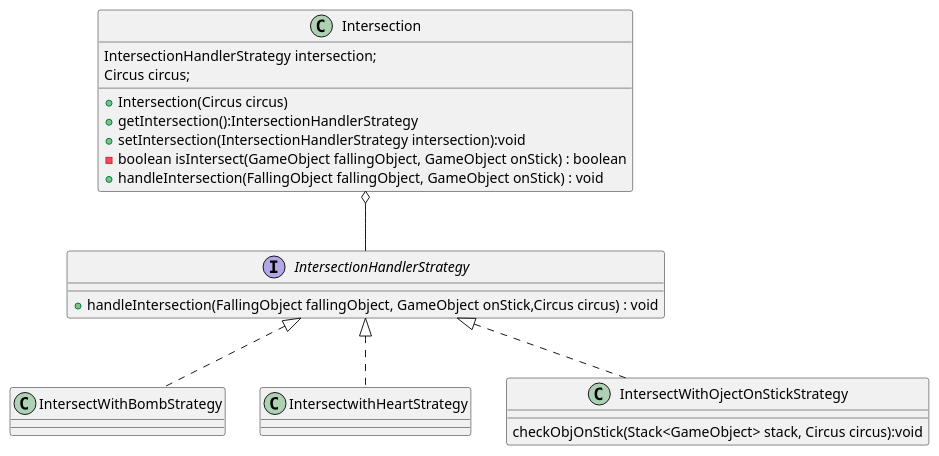
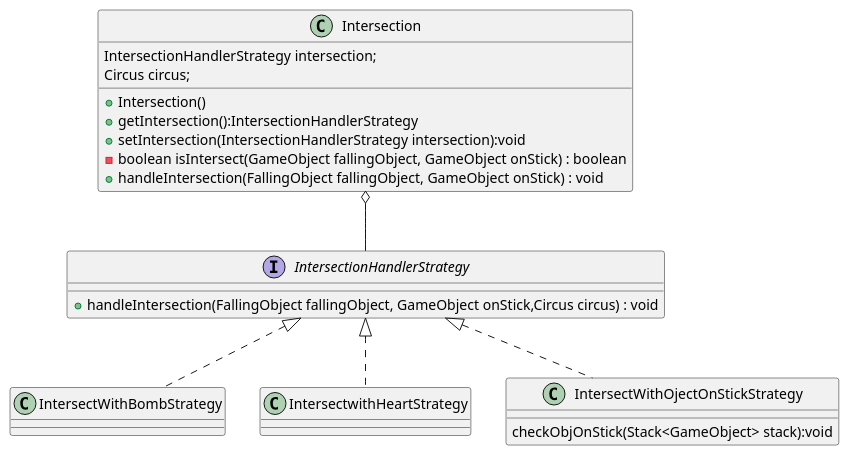
Before and after one commit to shadyalattarr/Circus-of-Plates: the diagram in UML/Design Patterns/IntersectionStrategy.wsd, drawn with PlantUML. The commit also changed 6 other files, not shown here.

```diff
--- a/UML/Design Patterns/IntersectionStrategy.wsd
+++ b/UML/Design Patterns/IntersectionStrategy.wsd
@@ -1,37 +1,37 @@
 @startuml intersection
 
 class Intersection {
     IntersectionHandlerStrategy intersection;
     Circus circus;
-    +Intersection(Circus circus)
+    +Intersection()
     +getIntersection():IntersectionHandlerStrategy
     +setIntersection(IntersectionHandlerStrategy intersection):void      
     -boolean isIntersect(GameObject fallingObject, GameObject onStick) : boolean
     +handleIntersection(FallingObject fallingObject, GameObject onStick) : void 
 }
 
 interface IntersectionHandlerStrategy {
     +handleIntersection(FallingObject fallingObject, GameObject onStick,Circus circus) : void
 }
 
 
 class IntersectWithBombStrategy{
 
 }
 
 
 class IntersectwithHeartStrategy{
 
 }
 
 class IntersectWithOjectOnStickStrategy {
 
-    checkObjOnStick(Stack<GameObject> stack, Circus circus):void
+    checkObjOnStick(Stack<GameObject> stack):void
 }
 
 IntersectionHandlerStrategy <|.. IntersectwithHeartStrategy
 IntersectionHandlerStrategy <|.. IntersectWithOjectOnStickStrategy 
 IntersectionHandlerStrategy <|.. IntersectWithBombStrategy
 
 Intersection o-- IntersectionHandlerStrategy
 @enduml
```
